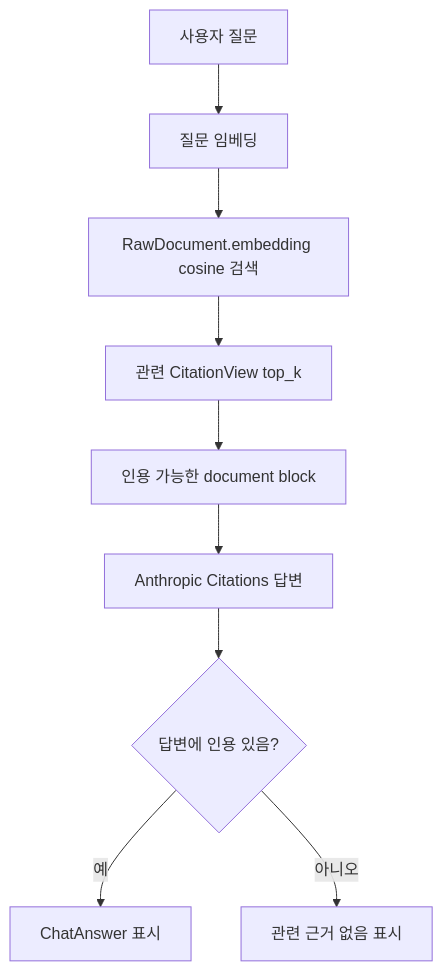
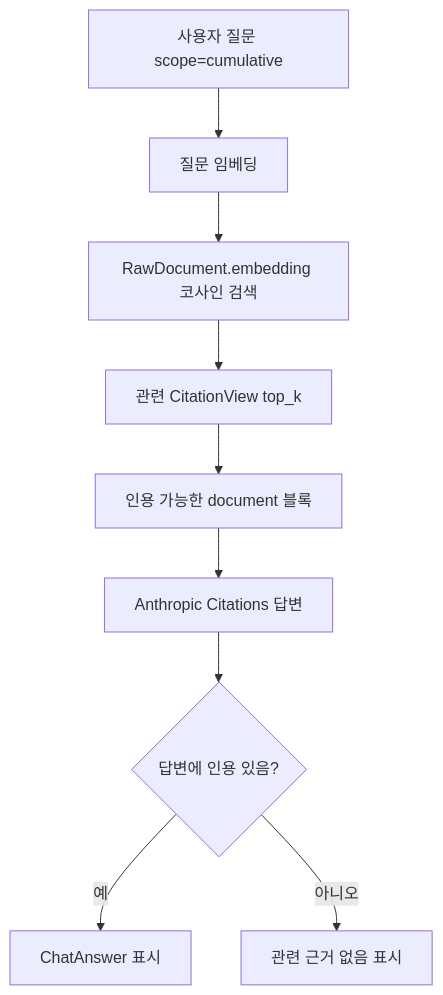
Before and after one commit to SJayKim/finance_agent: the second of 3 diagrams in docs/learnings/05-digest-and-rag.md, drawn with Mermaid. The commit also changed other lines of this file and 10 other files, not shown here.

````diff
--- a/docs/learnings/05-digest-and-rag.md
+++ b/docs/learnings/05-digest-and-rag.md
@@ -43,11 +48,11 @@
 ```mermaid
 flowchart TD
-    Question[사용자 질문] --> EmbedQ[질문 임베딩]
-    EmbedQ --> VectorSearch[RawDocument.embedding cosine 검색]
+    Question[사용자 질문 scope=cumulative] --> EmbedQ[질문 임베딩]
+    EmbedQ --> VectorSearch[RawDocument.embedding 코사인 검색]
     VectorSearch --> CitationViews[관련 CitationView top_k]
-    CitationViews --> CitableDocs[인용 가능한 document block]
+    CitationViews --> CitableDocs[인용 가능한 document 블록]
     CitableDocs --> ChatLLM[Anthropic Citations 답변]
     ChatLLM --> HasCitation{답변에 인용 있음?}
     HasCitation -- 예 --> Answer[ChatAnswer 표시]
     HasCitation -- 아니오 --> Refuse[관련 근거 없음 표시]
 ```
````
